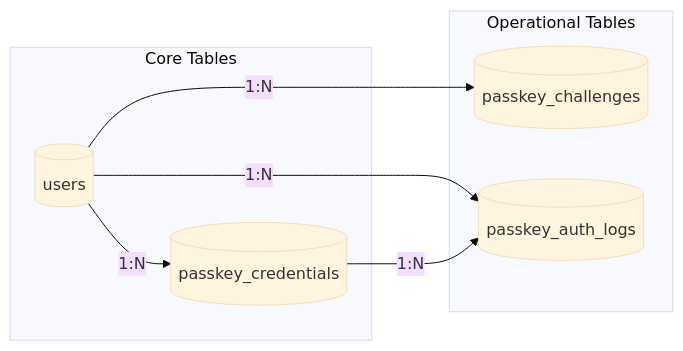
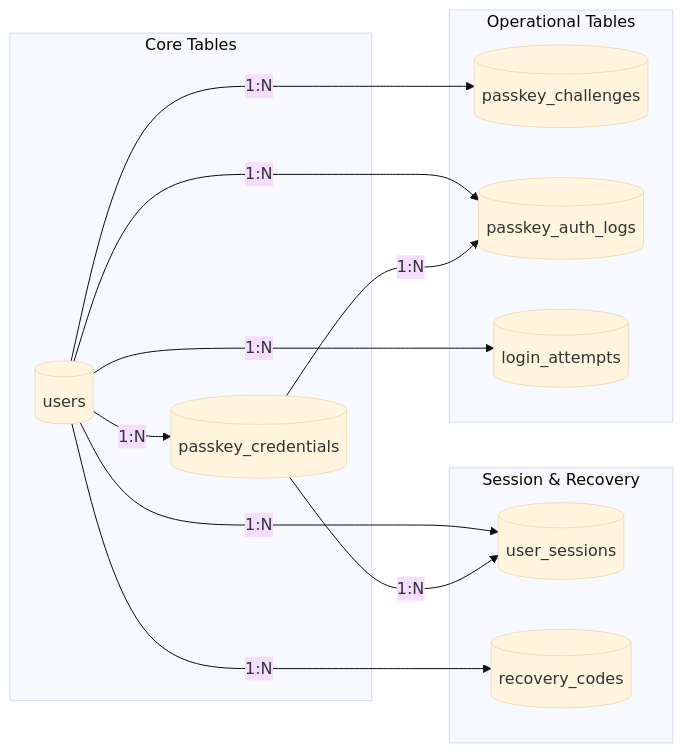
Before and after one commit to trinhvandat/passkey-webauthn: diagram 19 of 28 in docs/ARCHITECTURE.md, drawn with Mermaid (base theme). The commit also changed other lines of this file and 75 other files, not shown here.

Commit message:
Add passkey management, recovery and session manager

````diff
--- a/docs/ARCHITECTURE.md
+++ b/docs/ARCHITECTURE.md
@@ -479,17 +815,27 @@
 ```mermaid
 graph LR
     subgraph "Core Tables"
         Users[(users)]
         Credentials[(passkey_credentials)]
     end
 
+    subgraph "Session & Recovery"
+        Sessions[(user_sessions)]
+        Recovery[(recovery_codes)]
+    end
+
     subgraph "Operational Tables"
         Challenges[(passkey_challenges)]
         Logs[(passkey_auth_logs)]
+        Attempts[(login_attempts)]
     end
 
     Users -->|1:N| Credentials
     Users -->|1:N| Challenges
     Users -->|1:N| Logs
+    Users -->|1:N| Sessions
+    Users -->|1:N| Recovery
+    Users -->|1:N| Attempts
     Credentials -->|1:N| Logs
+    Credentials -->|1:N| Sessions
 ```
````
